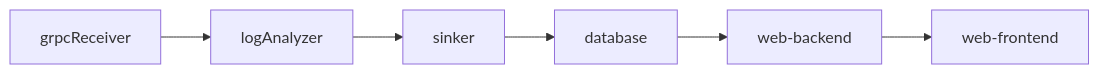
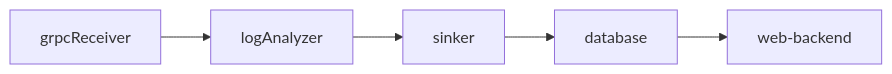
The second of 2 diagrams in docs/架构设计.md (WangMinan/arktouros), drawn with Mermaid before and after one commit. The commit also changed other lines of this file, not shown here.

````diff
--- a/docs/架构设计.md
+++ b/docs/架构设计.md
@@ -37,8 +37,7 @@
 ```mermaid
 graph LR
 	grpcReceiver --> logAnalyzer
 	logAnalyzer --> sinker
 	sinker --> database
 	database --> web-backend
-	web-backend --> web-frontend
 ```
````
